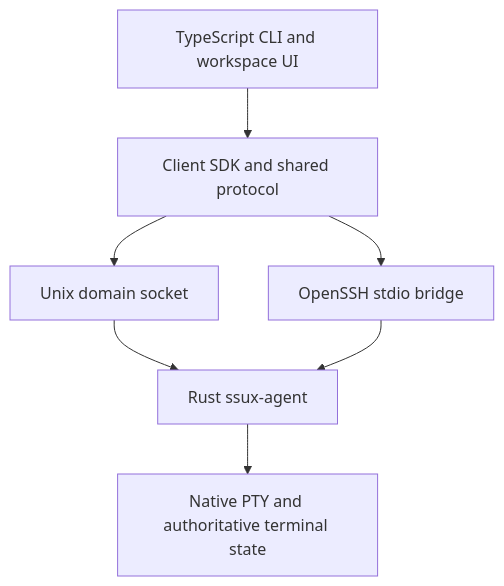
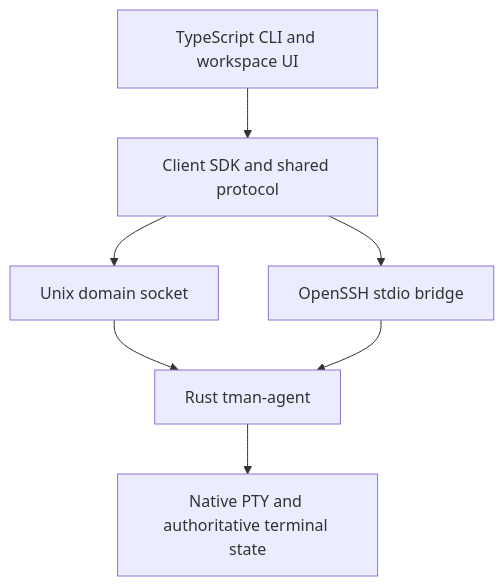
One commit to codevilot/rucan changed the diagram in docs/architecture.md. Above: the diagram before and after it, drawn with Mermaid. The commit also changed 61 other files, not shown here.

````diff
--- a/docs/architecture.md
+++ b/docs/architecture.md
@@ -3,9 +3,9 @@
 ```mermaid
 flowchart TD
   UI[TypeScript CLI and workspace UI] --> SDK[Client SDK and shared protocol]
   SDK --> Local[Unix domain socket]
   SDK --> SSH[OpenSSH stdio bridge]
-  Local --> Agent[Rust ssux-agent]
+  Local --> Agent[Rust tman-agent]
   SSH --> Agent
   Agent --> PTY[Native PTY and authoritative terminal state]
 ```
````
